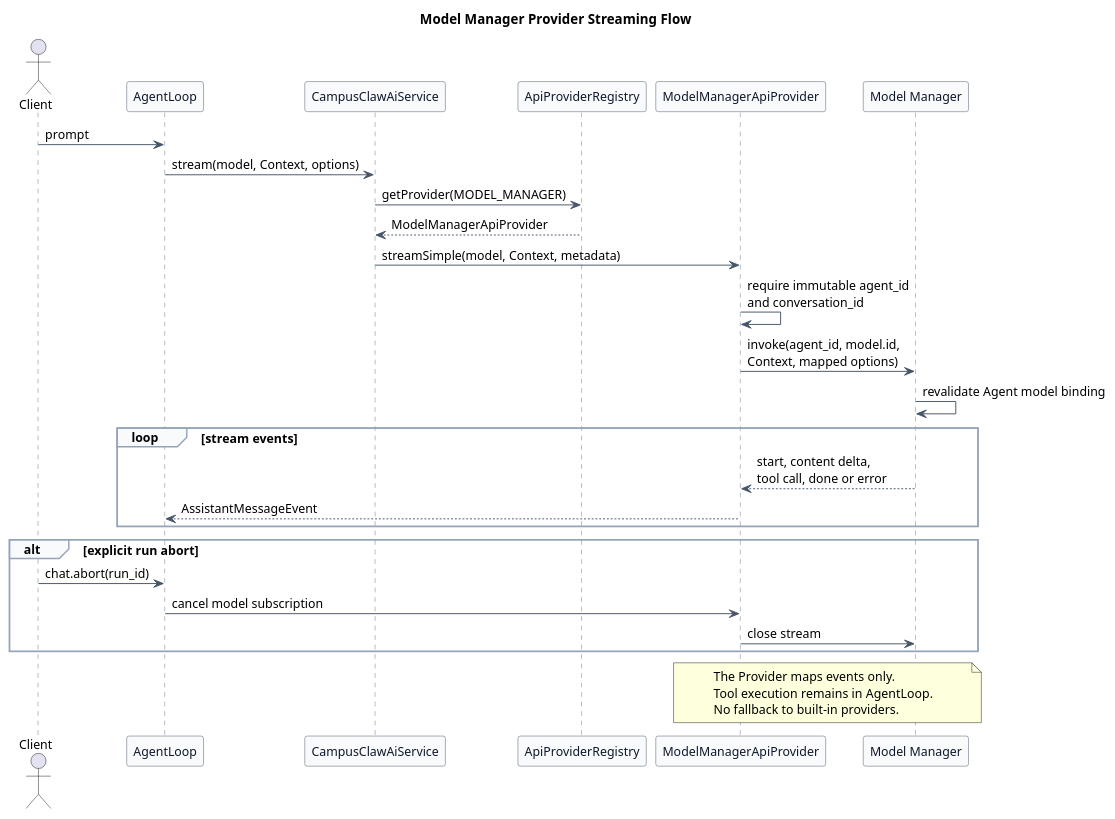
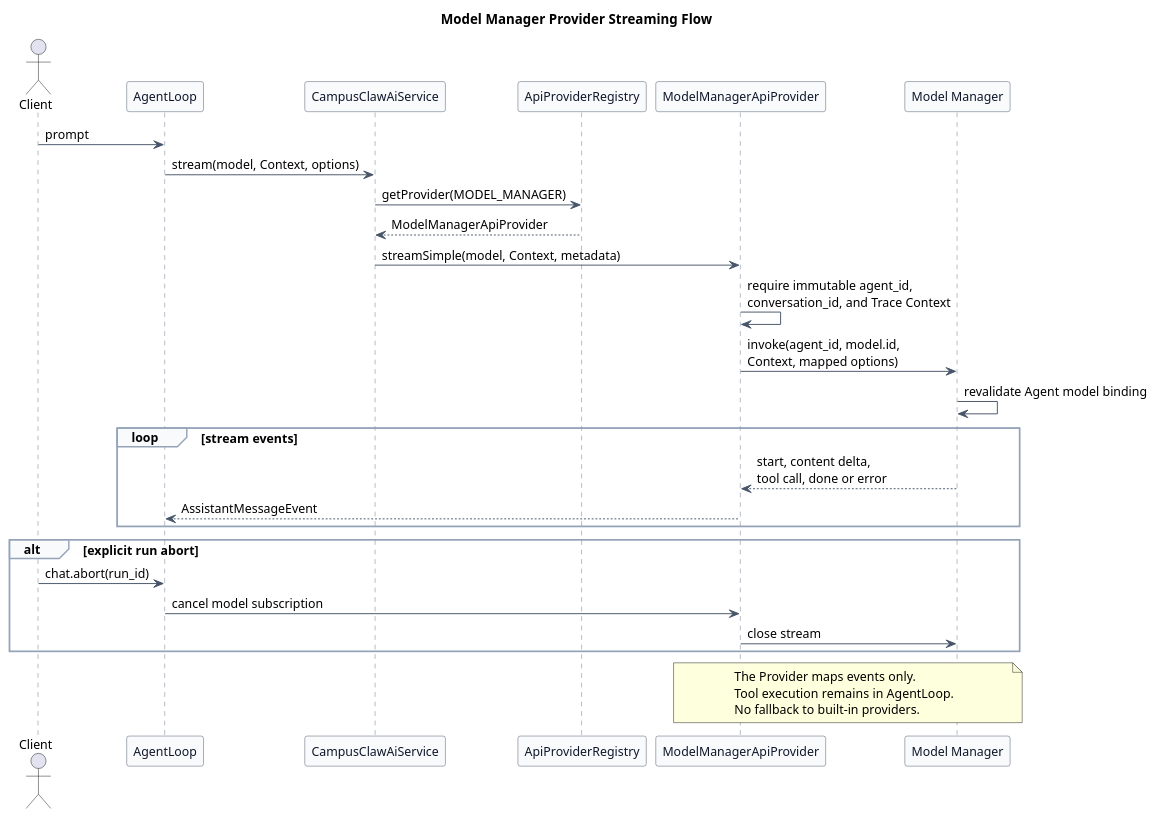
Before and after one commit to superheromeZzh/pi-mono-java-design: the sixth of 6 diagrams in pi-mono-java-manager-driven-multi-agent-runtime/diagram.puml, drawn with PlantUML. The commit also changed other lines of this file and 13 other files, not shown here.

```diff
--- a/pi-mono-java-manager-driven-multi-agent-runtime/diagram.puml
+++ b/pi-mono-java-manager-driven-multi-agent-runtime/diagram.puml
@@ -358,63 +450,63 @@
 @startuml model_manager_streaming_flow
 title Model Manager Provider Streaming Flow
 
 ' Source evidence:
 ' pi-mono packages/ai/src/types.ts: Model, Context, AssistantMessageEvent
 ' pi-mono-java modules/ai/src/main/java/com/campusclaw/ai/provider/ApiProvider.java: ApiProvider
 ' pi-mono-java modules/ai/src/main/java/com/campusclaw/ai/provider/ApiProviderRegistry.java: ApiProviderRegistry
 ' pi-mono-java modules/ai/src/main/java/com/campusclaw/ai/types/SimpleStreamOptions.java: metadata
 ' pi-mono-java modules/ai/src/main/java/com/campusclaw/ai/stream/AssistantMessageEvent.java: event records
 ' Observed behavior: Java dispatches by Model.api to a Spring-discovered ApiProvider.
 ' Architecture change: one MODEL_MANAGER Api routes every managed model through Model Manager.
 ' Design reason: model_id selects the model while agent_id authorizes it for the current Agent.
 
 skinparam backgroundColor #FFFFFF
 skinparam shadowing false
 skinparam defaultFontName Arial
 skinparam defaultFontSize 13
 skinparam participant {
   BackgroundColor #F8FAFC
   BorderColor #475569
   FontColor #0F172A
 }
 skinparam ArrowColor #475569
 skinparam sequence {
   LifeLineBorderColor #64748B
   LifeLineBackgroundColor #F8FAFC
   GroupBorderColor #94A3B8
   GroupBackgroundColor #F8FAFC
 }
 
 actor Client
 participant "AgentLoop" as Loop
 participant "CampusClawAiService" as AiService
 participant "ApiProviderRegistry" as Registry
 participant "ModelManagerApiProvider" as Provider
 participant "Model Manager" as ModelManager
 
 Client -> Loop : prompt
 Loop -> AiService : stream(model, Context, options)
 AiService -> Registry : getProvider(MODEL_MANAGER)
 Registry --> AiService : ModelManagerApiProvider
 AiService -> Provider : streamSimple(model, Context, metadata)
-Provider -> Provider : require immutable agent_id\nand conversation_id
+Provider -> Provider : require immutable agent_id,\nconversation_id, and Trace Context
 Provider -> ModelManager : invoke(agent_id, model.id,\nContext, mapped options)
 ModelManager -> ModelManager : revalidate Agent model binding
 
 loop stream events
   ModelManager --> Provider : start, content delta,\ntool call, done or error
   Provider --> Loop : AssistantMessageEvent
 end
 
 alt explicit run abort
   Client -> Loop : chat.abort(run_id)
   Loop -> Provider : cancel model subscription
   Provider -> ModelManager : close stream
 end
 
 note over Provider,ModelManager
 The Provider maps events only.
 Tool execution remains in AgentLoop.
 No fallback to built-in providers.
 end note
 @enduml
```
